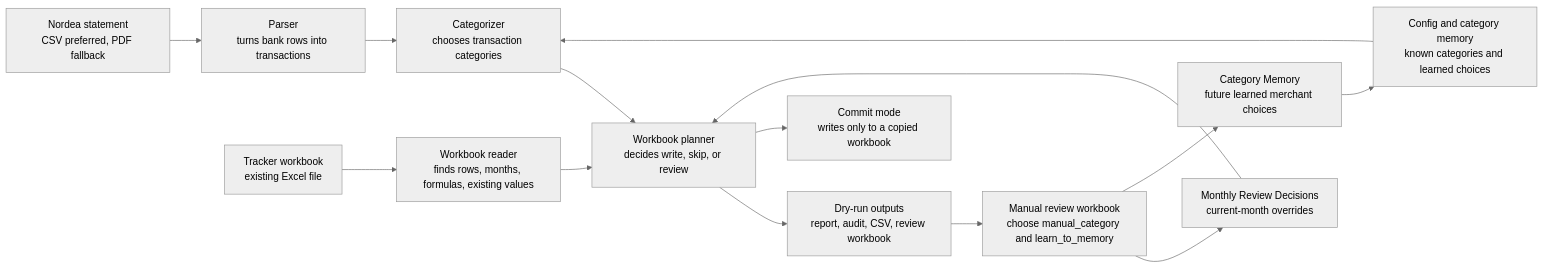
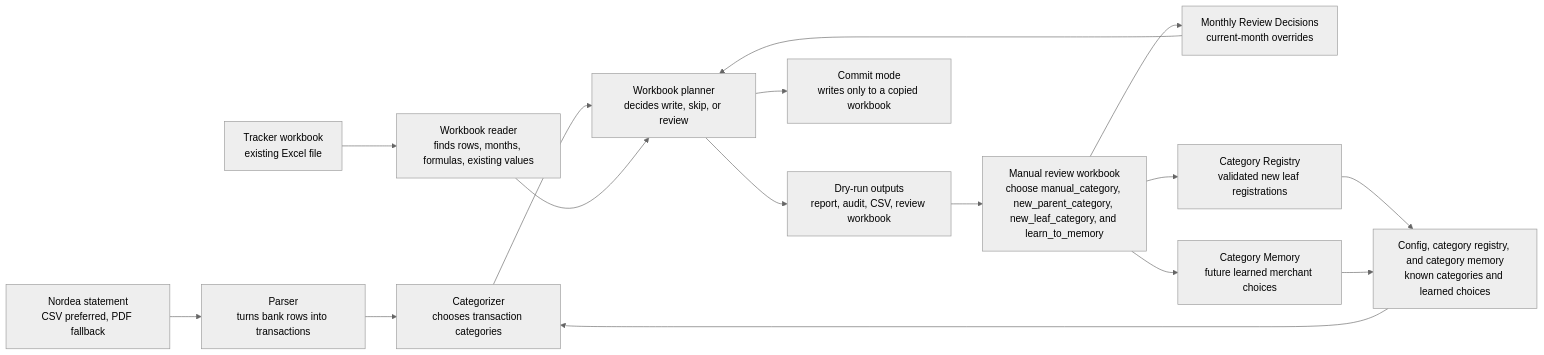
One commit to EricleungDK/personalwealthtracker changed the second of 5 diagrams in docs/project_overview.md. Above: the diagram before and after it, drawn with Mermaid (neutral theme). The commit also changed other lines of this file and 6 other files, not shown here.

Commit message:
docs: document leaf category lifecycle

````diff
--- a/docs/project_overview.md
+++ b/docs/project_overview.md
@@ -39,18 +39,20 @@
 ```mermaid
 flowchart LR
   Statement["Nordea statement<br/>CSV preferred, PDF fallback"] --> Parser["Parser<br/>turns bank rows into transactions"]
   Tracker["Tracker workbook<br/>existing Excel file"] --> WorkbookRead["Workbook reader<br/>finds rows, months, formulas, existing values"]
-  Rules["Config and category memory<br/>known categories and learned choices"] --> Categorizer["Categorizer<br/>chooses transaction categories"]
+  Rules["Config, category registry, and category memory<br/>known categories and learned choices"] --> Categorizer["Categorizer<br/>chooses transaction categories"]
 
   Parser --> Categorizer
   Categorizer --> Planner["Workbook planner<br/>decides write, skip, or review"]
   WorkbookRead --> Planner
 
   Planner --> DryRun["Dry-run outputs<br/>report, audit, CSV, review workbook"]
-  DryRun --> Review["Manual review workbook<br/>choose manual_category and learn_to_memory"]
+  DryRun --> Review["Manual review workbook<br/>choose manual_category, new_parent_category, new_leaf_category, and learn_to_memory"]
   Review --> Decisions["Monthly Review Decisions<br/>current-month overrides"]
+  Review --> Registry["Category Registry<br/>validated new leaf registrations"]
   Review --> Memory["Category Memory<br/>future learned merchant choices"]
+  Registry --> Rules
   Decisions --> Planner
   Memory --> Rules
   Planner --> Commit["Commit mode<br/>writes only to a copied workbook"]
 ```
````
